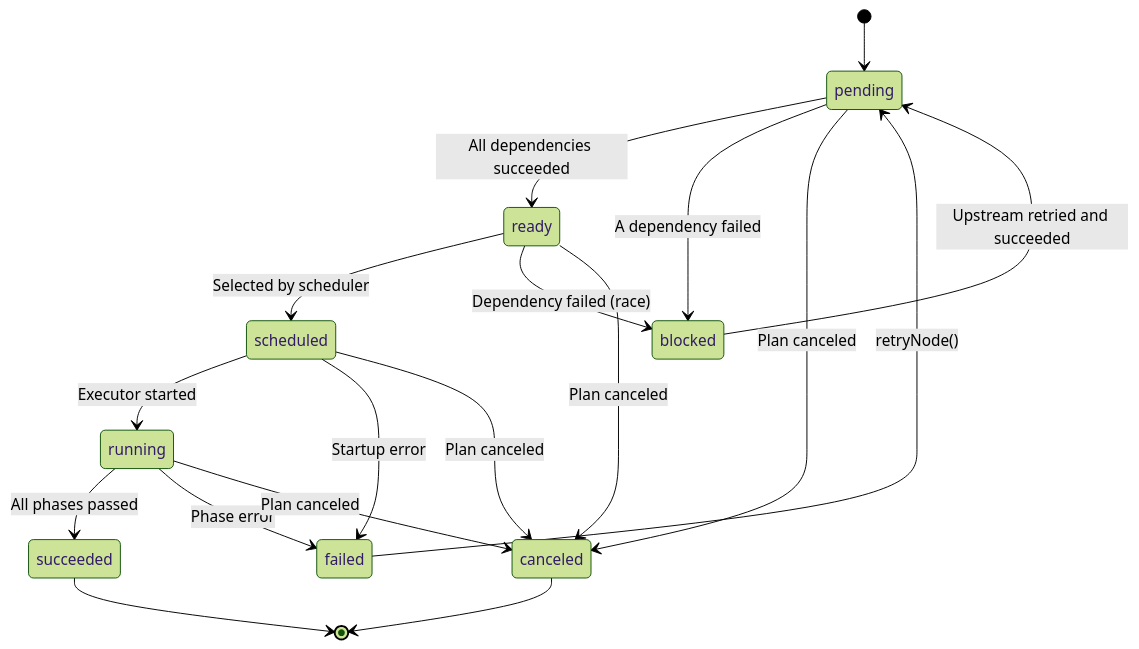
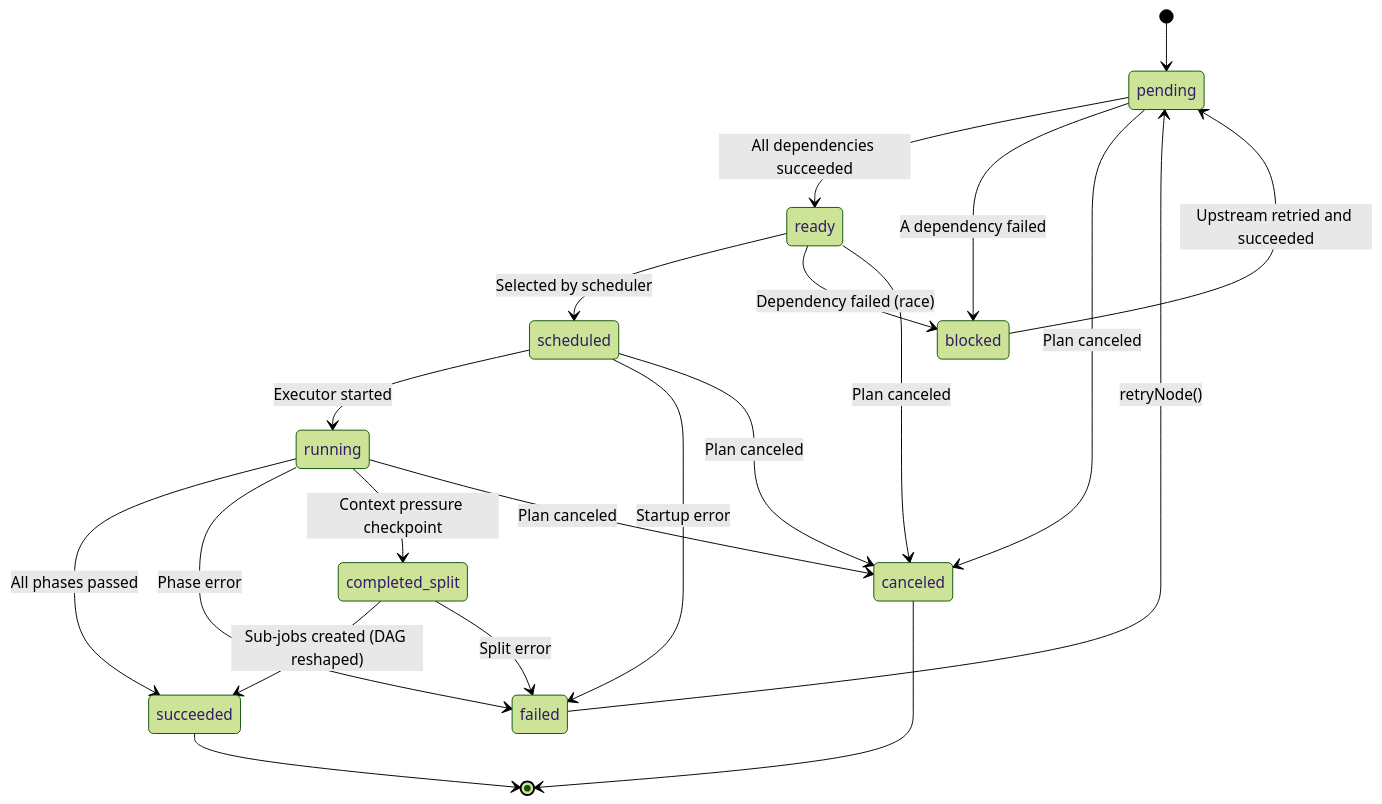
Diagram 12 of 24 in docs/ARCHITECTURE.md (JeromySt/vscode-copilot-orchestrator), drawn with Mermaid (forest theme) before and after one commit. The commit also changed other lines of this file and 211 other files, not shown here.

First line of the commit message:
feat: v0.16.0  Context Pressure Management, Process Output Bus, UI Pub/Sub Migration, Effort Hints

````diff
--- a/docs/ARCHITECTURE.md
+++ b/docs/ARCHITECTURE.md
@@ -855,25 +880,29 @@
 ```mermaid
 stateDiagram-v2
     [*] --> pending
     pending --> ready : All dependencies succeeded
     pending --> blocked : A dependency failed
     pending --> canceled : Plan canceled
 
     ready --> scheduled : Selected by scheduler
     ready --> blocked : Dependency failed (race)
     ready --> canceled : Plan canceled
 
     scheduled --> running : Executor started
     scheduled --> failed : Startup error
     scheduled --> canceled : Plan canceled
 
     running --> succeeded : All phases passed
     running --> failed : Phase error
+    running --> completed_split : Context pressure checkpoint
     running --> canceled : Plan canceled
+
+    completed_split --> succeeded : Sub-jobs created (DAG reshaped)
+    completed_split --> failed : Split error
 
     failed --> pending : retryNode()
     blocked --> pending : Upstream retried and succeeded
 
     succeeded --> [*]
     canceled --> [*]
 ```
````
